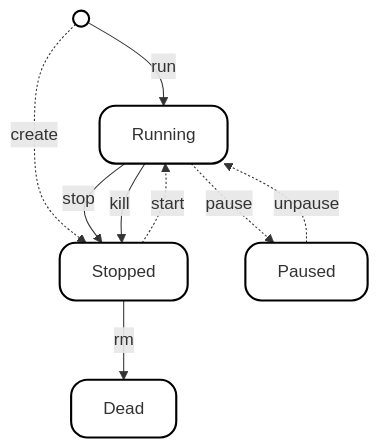
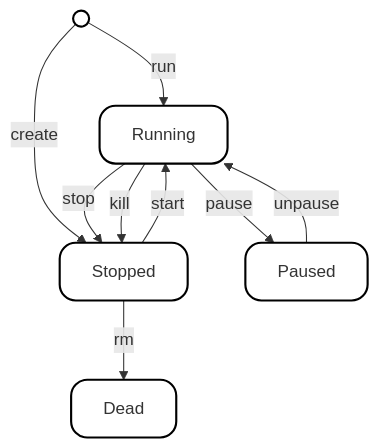
Before and after one commit to bazant03/zabawy-z-dockerem: the diagram in README.MD, drawn with Mermaid. The commit also changed other lines of this file, not shown here.

Commit message:
README - commands and states descrption, schema lines style change

````diff
--- a/README.MD
+++ b/README.MD
@@ -73,23 +75,23 @@
 ```mermaid
 graph TD
     classDef startEnd fill:#fff,stroke:#000,stroke-width:2px,shape:doublecircle;
     classDef state fill:#fff,stroke:#000,stroke-width:2px,rx:15,ry:15;
 
     Start(( )):::startEnd
     Stopped[Stopped]:::state
     Running[Running]:::state
     Paused[Paused]:::state
     Dead[Dead]:::state
 
     Start -->|run| Running
-    Start -.->|create| Stopped
+    Start -->|create| Stopped
     
-    Stopped -.->|start| Running
+    Stopped -->|start| Running
     Stopped -->|rm| Dead
     
     Running -->|stop| Stopped
     Running -->|kill| Stopped
     
-    Running -.->|pause| Paused
-    Paused -.->|unpause| Running
+    Running -->|pause| Paused
+    Paused -->|unpause| Running
 ```
````
